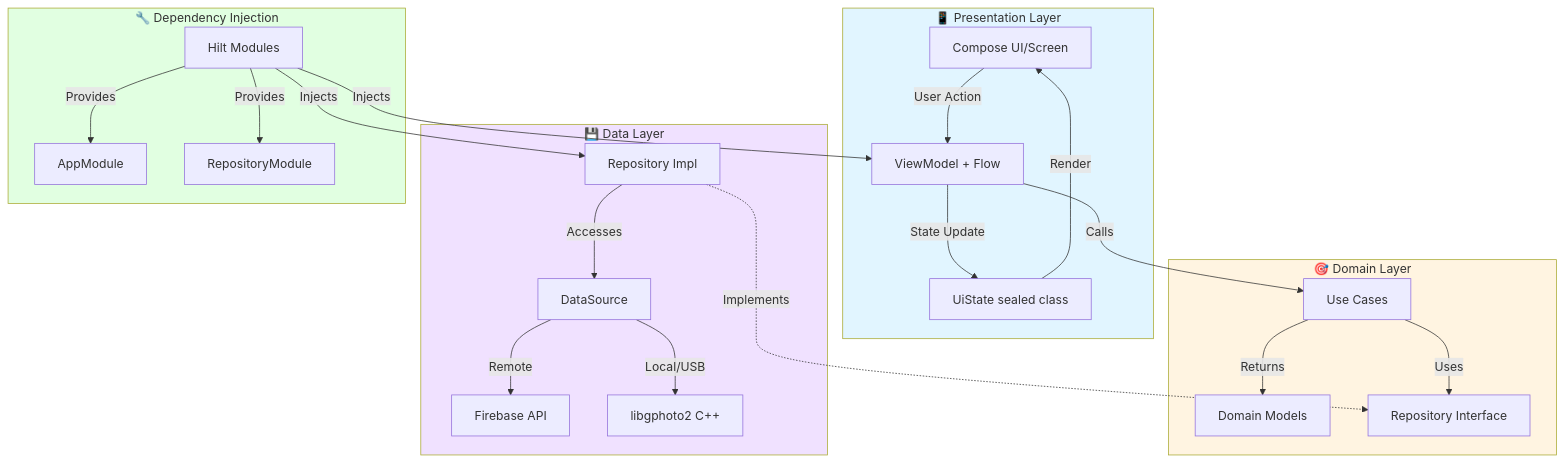
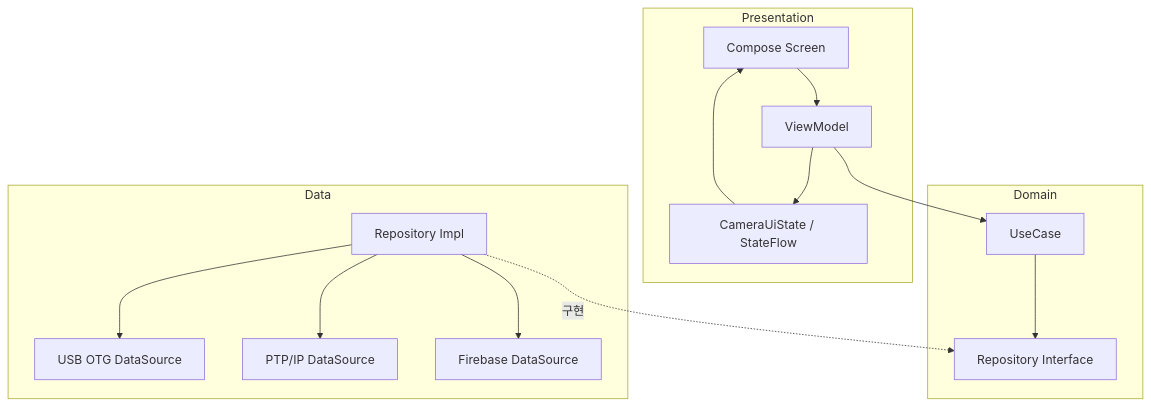
The diagram in README.md (INI-K/CamCon_Pub), drawn with Mermaid before and after one commit. The commit also changed other lines of this file and 2 other files, not shown here.

````diff
--- a/README.md
+++ b/README.md
@@ -92,51 +71,18 @@
 ```mermaid
 graph TB
-    subgraph Presentation["📱 Presentation Layer"]
-        UI[Compose UI/Screen]
-        VM[ViewModel + Flow]
-        State[UiState sealed class]
-        
-        UI -->|User Action| VM
-        VM -->|State Update| State
-        State -->|Render| UI
+    subgraph P["Presentation"]
+        UI[Compose Screen] --> VM[ViewModel]
+        VM --> ST[CameraUiState / StateFlow]
+        ST --> UI
     end
-    
-    subgraph Domain["🎯 Domain Layer"]
-        UC[Use Cases]
-        DM[Domain Models]
-        RI[Repository Interface]
-        
-        UC -->|Uses| RI
-        UC -->|Returns| DM
+    subgraph D["Domain"]
+        UC[UseCase] --> RI[Repository Interface]
     end
-    
-    subgraph Data["💾 Data Layer"]
-        Repo[Repository Impl]
-        DS[DataSource]
-        API[Firebase API]
-        Native[libgphoto2 C++]
-        
-        Repo -->|Accesses| DS
-        DS -->|Remote| API
-        DS -->|Local/USB| Native
+    subgraph DA["Data"]
+        RP[Repository Impl] --> USB[USB OTG DataSource]
+        RP --> PTP[PTP/IP DataSource]
+        RP --> FB[Firebase DataSource]
     end
-    
-    subgraph DI["🔧 Dependency Injection"]
-        Hilt[Hilt Modules]
-        AppMod[AppModule]
-        RepoMod[RepositoryModule]
-        
-        Hilt -->|Provides| AppMod
-        Hilt -->|Provides| RepoMod
-    end
-    
-    VM -->|Calls| UC
-    Repo -.->|Implements| RI
-    Hilt -->|Injects| VM
-    Hilt -->|Injects| Repo
-    
-    style Presentation fill:#e1f5ff
-    style Domain fill:#fff4e1
-    style Data fill:#f0e1ff
-    style DI fill:#e1ffe1
+    VM --> UC
+    RP -.구현.-> RI
 ```
````
